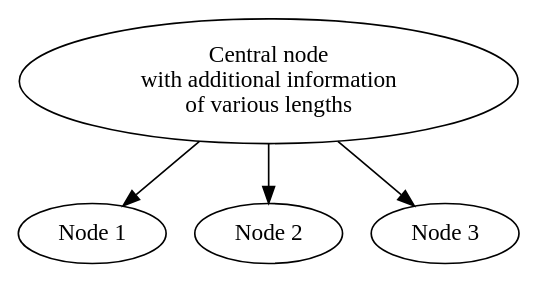
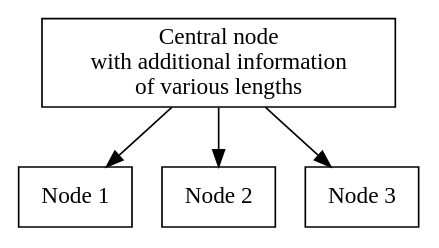
Before and after one commit to romilly/heimer-tools: the diagram in data/simple.dot, drawn with Graphviz. The commit also changed 3 other files, not shown here.

```diff
--- a/data/simple.dot
+++ b/data/simple.dot
@@ -1,11 +1,12 @@
 digraph G {
+    node [shape=rect]
     0 [label="Central node
 with additional information
 of various lengths"]
     1 [label="Node 1"]
     2 [label="Node 2"]
     3 [label="Node 3"]
     0 -> 1
     0 -> 2
     0 -> 3
 }
```
